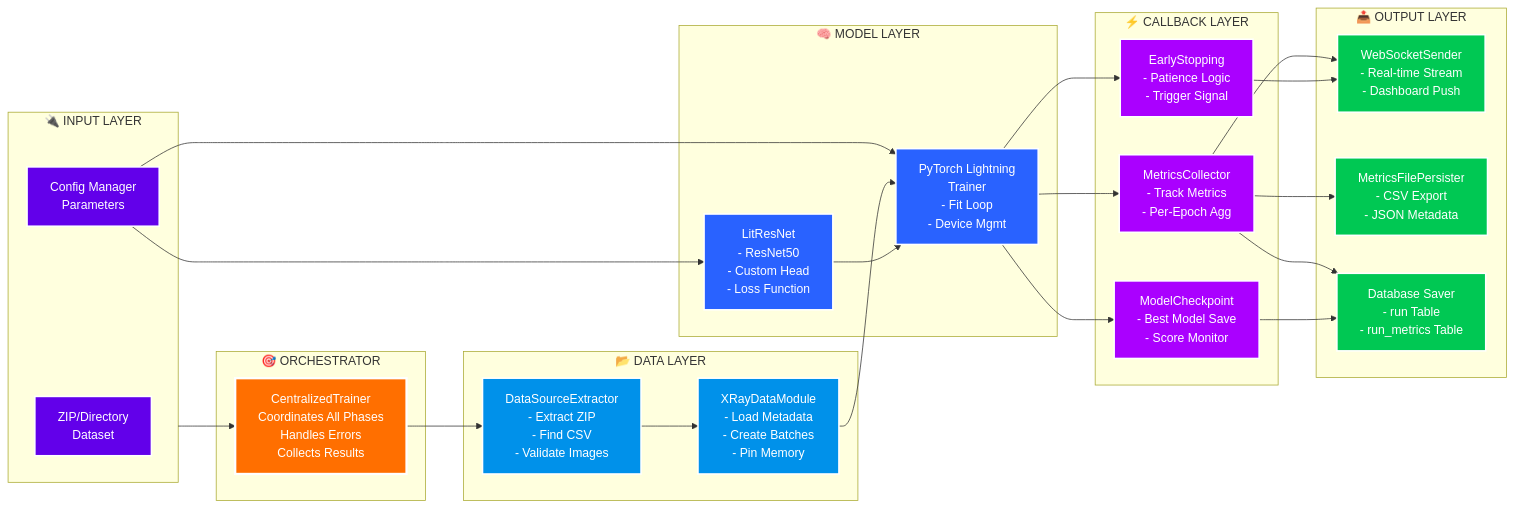
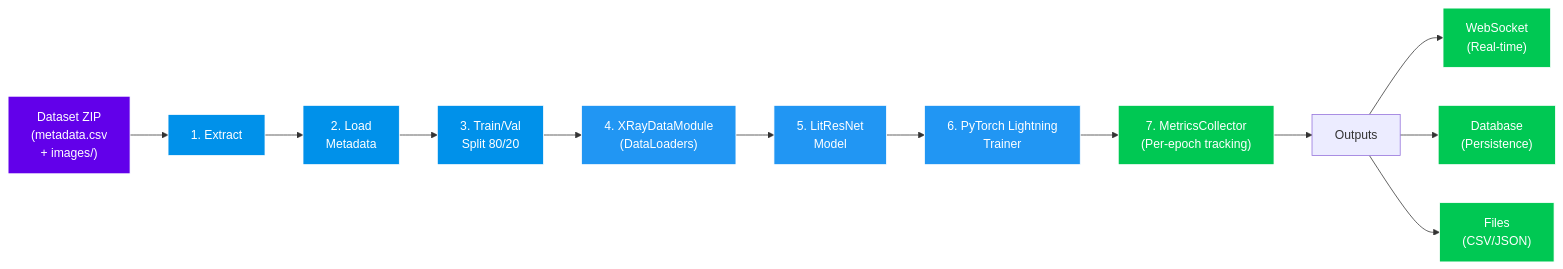
The diagram in federated_pneumonia_detection/src/control/dl_model/README.md (h19overflow/federated_learning), drawn with Mermaid before and after one commit. The commit also changed other lines of this file and 14 other files, not shown here.

````diff
--- a/federated_pneumonia_detection/src/control/dl_model/README.md
+++ b/federated_pneumonia_detection/src/control/dl_model/README.md
@@ -272,76 +11,26 @@
 ```mermaid
 graph LR
-    subgraph Input ["🔌 INPUT LAYER"]
-        ZipFile["ZIP/Directory<br/>Dataset"]
-        Config["Config Manager<br/>Parameters"]
-    end
+    A["Dataset ZIP<br/>(metadata.csv<br/>+ images/)"] --> B["1. Extract"]
+    B --> C["2. Load<br/>Metadata"]
+    C --> D["3. Train/Val<br/>Split 80/20"]
+    D --> E["4. XRayDataModule<br/>(DataLoaders)"]
+    E --> F["5. LitResNet<br/>Model"]
+    F --> G["6. PyTorch Lightning<br/>Trainer"]
+    G --> H["7. MetricsCollector<br/>(Per-epoch tracking)"]
+    H --> I["Outputs"]
+    I --> J["WebSocket<br/>(Real-time)"]
+    I --> K["Database<br/>(Persistence)"]
+    I --> L["Files<br/>(CSV/JSON)"]
 
-    subgraph DataLayer ["📂 DATA LAYER"]
-        Extractor["DataSourceExtractor<br/>- Extract ZIP<br/>- Find CSV<br/>- Validate Images"]
-
-        DataMod["XRayDataModule<br/>- Load Metadata<br/>- Create Batches<br/>- Pin Memory"]
-    end
-
-    subgraph ModelLayer ["🧠 MODEL LAYER"]
-        LitModel["LitResNet<br/>- ResNet50<br/>- Custom Head<br/>- Loss Function"]
-
-        Trainer["PyTorch Lightning<br/>Trainer<br/>- Fit Loop<br/>- Device Mgmt"]
-    end
-
-    subgraph CallbackLayer ["⚡ CALLBACK LAYER"]
-        MetricsCol["MetricsCollector<br/>- Track Metrics<br/>- Per-Epoch Agg"]
-
-        Checkpoint["ModelCheckpoint<br/>- Best Model Save<br/>- Score Monitor"]
-
-        EarlyStopping["EarlyStopping<br/>- Patience Logic<br/>- Trigger Signal"]
-    end
-
-    subgraph OutputLayer ["📤 OUTPUT LAYER"]
-        WebSocket["WebSocketSender<br/>- Real-time Stream<br/>- Dashboard Push"]
-
-        FilePersist["MetricsFilePersister<br/>- CSV Export<br/>- JSON Metadata"]
-
-        DBSave["Database Saver<br/>- run Table<br/>- run_metrics Table"]
-    end
-
-    subgraph Orchestrator ["🎯 ORCHESTRATOR"]
-        CentralTrain["CentralizedTrainer<br/>Coordinates All Phases<br/>Handles Errors<br/>Collects Results"]
-    end
-
-    %% Connections
-    Input --> CentralTrain
-
-    CentralTrain --> Extractor
-    Extractor --> DataMod
-
-    Config --> LitModel
-    Config --> Trainer
-    DataMod --> Trainer
-
-    LitModel --> Trainer
-    Trainer --> MetricsCol
-    Trainer --> Checkpoint
-    Trainer --> EarlyStopping
-
-    MetricsCol --> WebSocket
-    MetricsCol --> FilePersist
-    MetricsCol --> DBSave
-
-    Checkpoint --> DBSave
-    EarlyStopping --> WebSocket
-
-    %% Styling
-    classDef input fill:#6200EA,stroke:#fff,stroke-width:2px,color:#fff;
-    classDef data fill:#0091EA,stroke:#fff,stroke-width:2px,color:#fff;
-    classDef model fill:#2962FF,stroke:#fff,stroke-width:2px,color:#fff;
-    classDef callback fill:#AA00FF,stroke:#fff,stroke-width:2px,color:#fff;
-    classDef output fill:#00C853,stroke:#fff,stroke-width:2px,color:#fff;
-    classDef main fill:#FF6F00,stroke:#fff,stroke-width:3px,color:#fff;
-
-    class ZipFile,Config input;
-    class Extractor,DataMod data;
-    class LitModel,Trainer model;
-    class MetricsCol,Checkpoint,EarlyStopping callback;
-    class WebSocket,FilePersist,DBSave output;
-    class CentralTrain main;
+    style A fill:#6200EA,stroke:#fff,color:#fff
+    style B fill:#0091EA,stroke:#fff,color:#fff
+    style C fill:#0091EA,stroke:#fff,color:#fff
+    style D fill:#0091EA,stroke:#fff,color:#fff
+    style E fill:#2196F3,stroke:#fff,color:#fff
+    style F fill:#2196F3,stroke:#fff,color:#fff
+    style G fill:#2196F3,stroke:#fff,color:#fff
+    style H fill:#00C853,stroke:#fff,color:#fff
+    style J fill:#00C853,stroke:#fff,color:#fff
+    style K fill:#00C853,stroke:#fff,color:#fff
+    style L fill:#00C853,stroke:#fff,color:#fff
 ```
````
